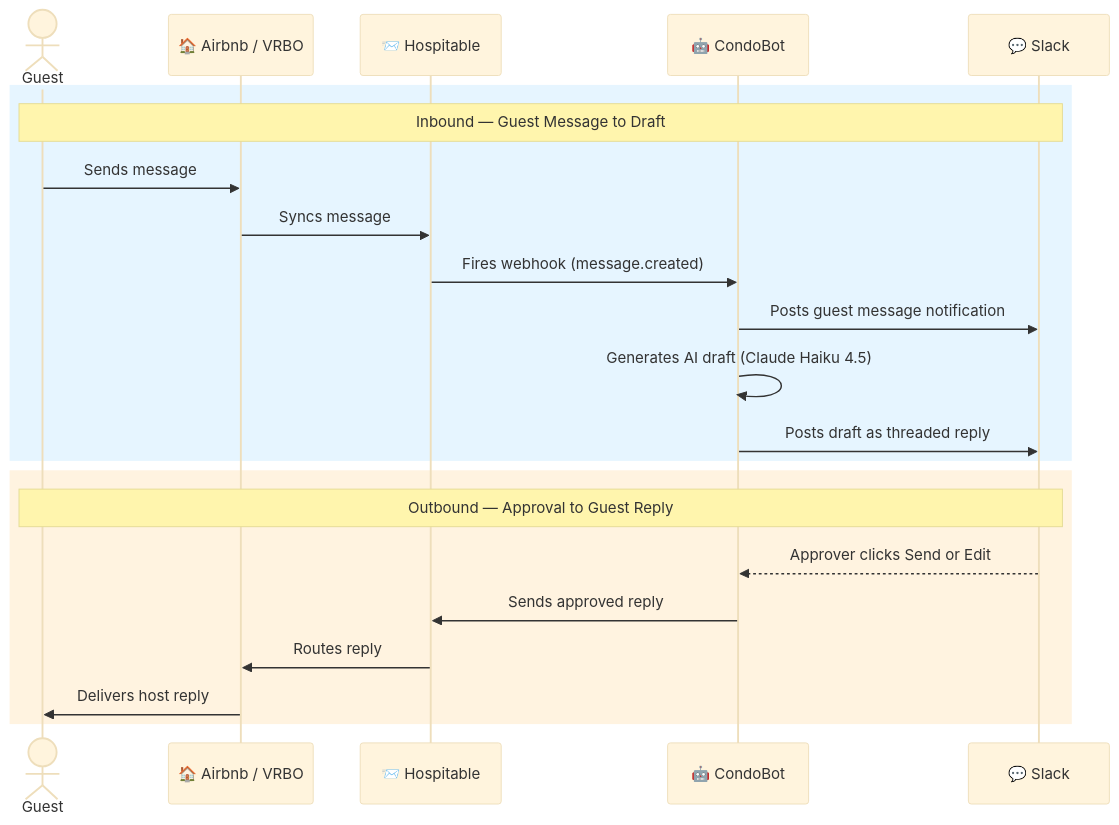
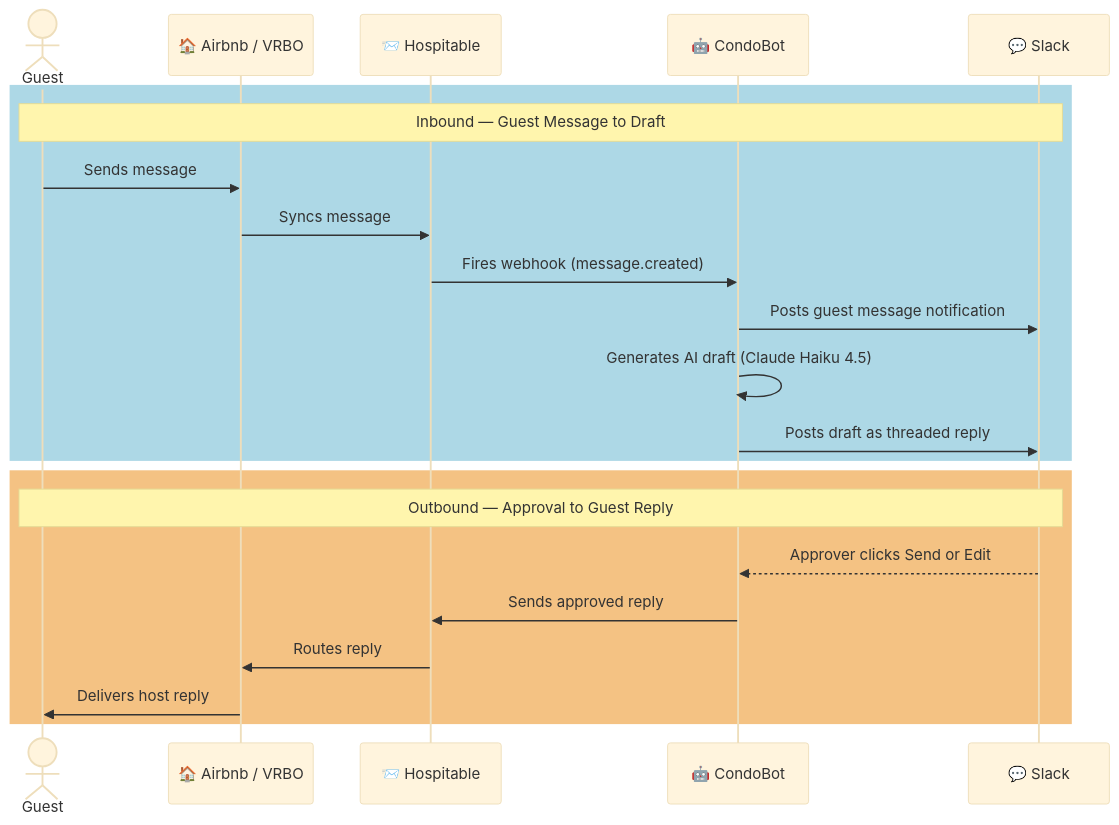
Before and after one commit to vermont42/CondoBot: the diagram in docs/EDD.md, drawn with Mermaid (base theme).

Commit message:
Increase contrast on Mermaid diagram background colors
The light pastels made text hard to read. Switched to deeper
light-blue and amber backgrounds for better readability.

https://claude.ai/code/session_01B1JBWBLE2HMAinYinqiFg7

````diff
--- a/docs/EDD.md
+++ b/docs/EDD.md
@@ -298,26 +298,26 @@
 ```mermaid
 sequenceDiagram
     actor Guest
     participant Platform as 🏠 Airbnb / VRBO
     participant Hospitable as 📨 Hospitable
     participant CondoBot as 🤖 CondoBot
     participant Slack as 💬 Slack
 
-    rect rgb(230, 245, 255)
+    rect rgb(173, 216, 230)
         Note over Guest,Slack: Inbound — Guest Message to Draft
         Guest->>Platform: Sends message
         Platform->>Hospitable: Syncs message
         Hospitable->>CondoBot: Fires webhook (message.created)
         CondoBot->>Slack: Posts guest message notification
         CondoBot->>CondoBot: Generates AI draft (Claude Haiku 4.5)
         CondoBot->>Slack: Posts draft as threaded reply
     end
 
-    rect rgb(255, 243, 224)
+    rect rgb(244, 194, 131)
         Note over Guest,Slack: Outbound — Approval to Guest Reply
         Slack-->>CondoBot: Approver clicks Send or Edit
         CondoBot->>Hospitable: Sends approved reply
         Hospitable->>Platform: Routes reply
         Platform->>Guest: Delivers host reply
     end
 ```
````
